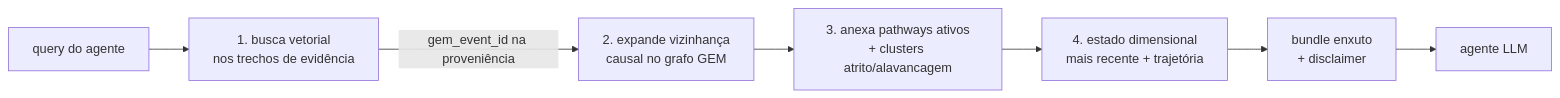
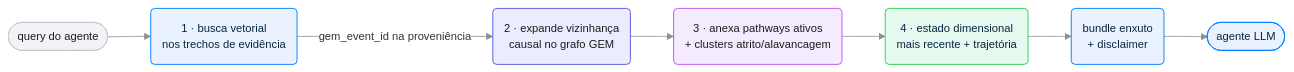
The fifth of 9 diagrams in README.md (myselfgus/patient-memory), drawn with Mermaid before and after one commit. The commit also changed other lines of this file, not shown here.

Commit message:
style(readme): refina diagramas mermaid com linguagem visual Liquid Glass (tema SF, painéis frosted, paleta de sistema Apple, cantos arredondados)

````diff
--- a/README.md
+++ b/README.md
@@ -194,9 +227,22 @@
 ```mermaid
+%%{init: {"theme":"base","themeVariables":{"fontFamily":"-apple-system, BlinkMacSystemFont, Segoe UI, Helvetica, Arial, sans-serif","fontSize":"14px","lineColor":"#8E8E93","edgeLabelBackground":"#FFFFFF"},"flowchart":{"curve":"basis","htmlLabels":true,"padding":14,"nodeSpacing":46,"rankSpacing":54}}}%%
 flowchart LR
-    Q["query do agente"] --> V["1. busca vetorial<br/>nos trechos de evidência"]
-    V -->|gem_event_id na proveniência| G["2. expande vizinhança<br/>causal no grafo GEM"]
-    G --> P["3. anexa pathways ativos<br/>+ clusters atrito/alavancagem"]
-    P --> S["4. estado dimensional<br/>mais recente + trajetória"]
-    S --> B["bundle enxuto<br/>+ disclaimer"]
-    B --> A["agente LLM"]
+    Q(["query do agente"]) --> V("1 · busca vetorial<br/>nos trechos de evidência")
+    V -->|gem_event_id na proveniência| G("2 · expande vizinhança<br/>causal no grafo GEM")
+    G --> P("3 · anexa pathways ativos<br/>+ clusters atrito/alavancagem")
+    P --> S("4 · estado dimensional<br/>mais recente + trajetória")
+    S --> B("bundle enxuto<br/>+ disclaimer")
+    B --> A(["agente LLM"])
+
+    classDef blue fill:#EAF2FF,stroke:#0A84FF,stroke-width:1.2px,color:#0A2540
+    classDef indigo fill:#ECECFF,stroke:#5E5CE6,stroke-width:1.2px,color:#1D1D1F
+    classDef purple fill:#F4EBFF,stroke:#BF5AF2,stroke-width:1.2px,color:#1D1D1F
+    classDef green fill:#E6F9EE,stroke:#30D158,stroke-width:1.2px,color:#0A2540
+    classDef gray fill:#F2F2F7,stroke:#C7C7CC,stroke-width:1px,color:#1D1D1F
+    class Q gray
+    class V blue
+    class G indigo
+    class P purple
+    class S green
+    class B,A blue
 ```
````
